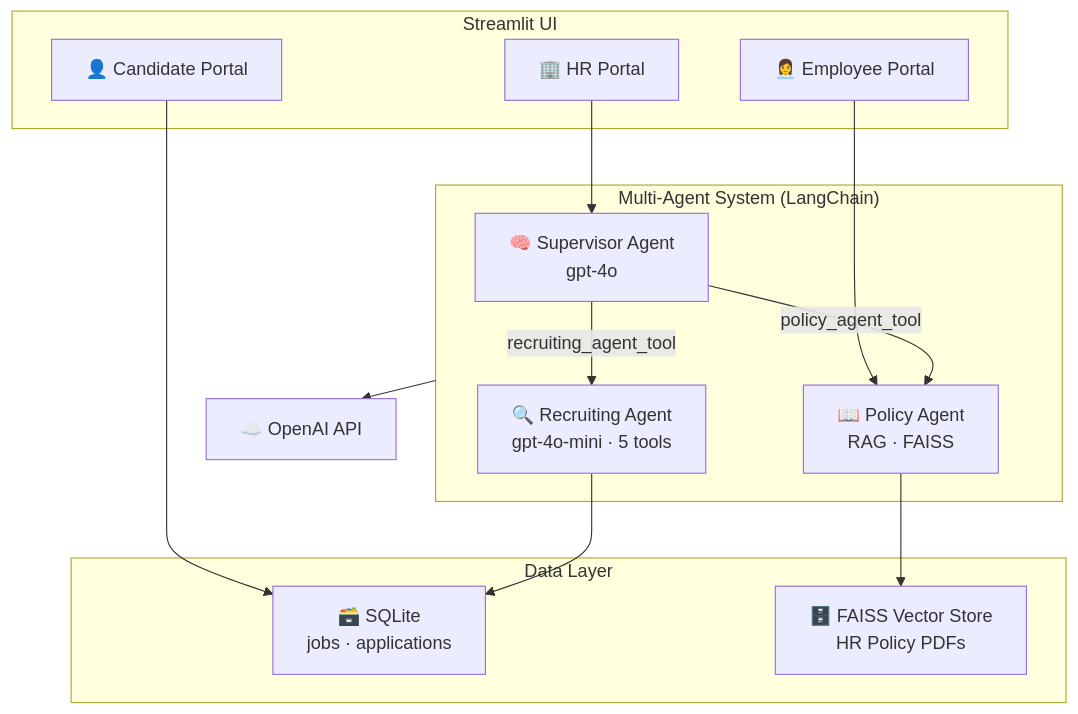
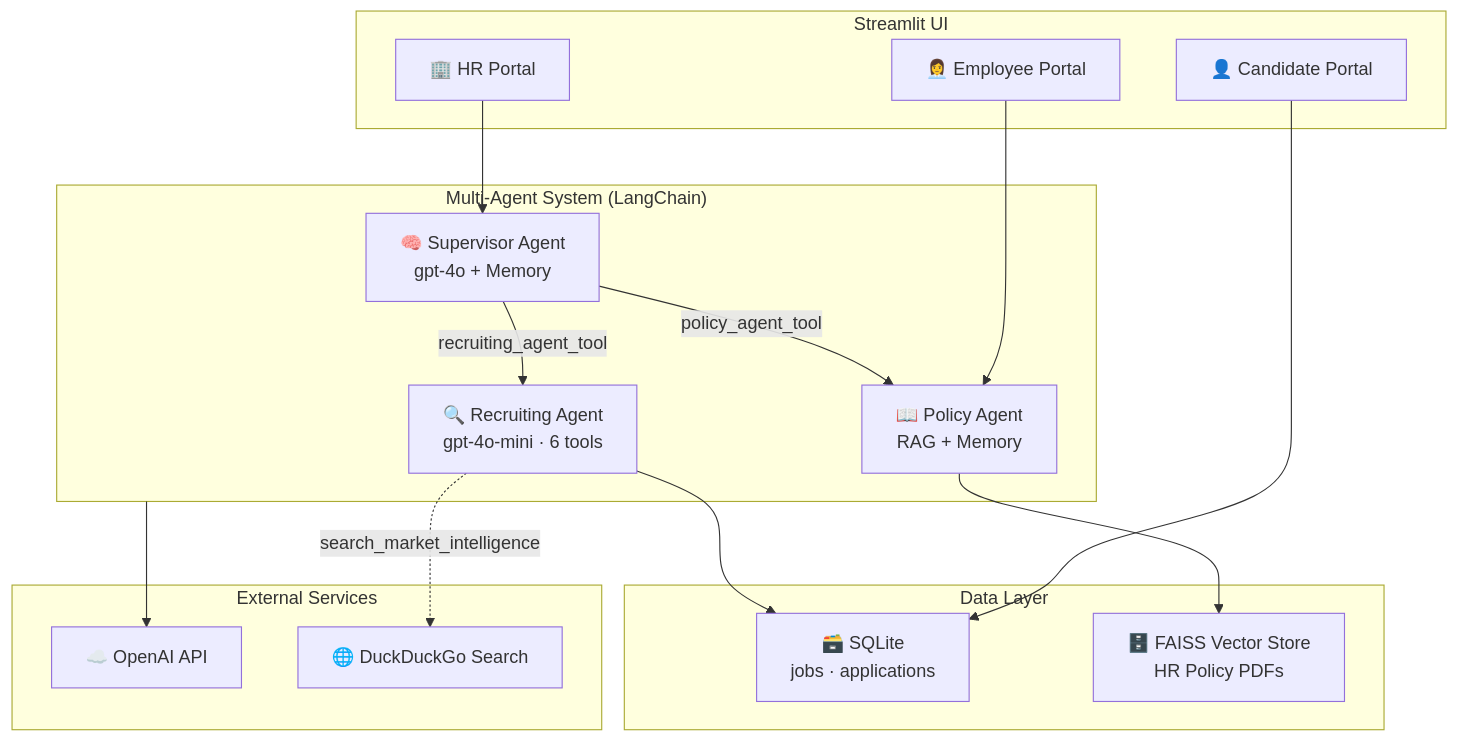
One commit to prsquared/hr-assistant changed the diagram in docs/architecture.md. Above: the diagram before and after it, drawn with Mermaid.

Commit message:
docs: Update architecture diagram with Memory and DuckDuckGo

````diff
--- a/docs/architecture.md
+++ b/docs/architecture.md
@@ -3,33 +3,37 @@
 ```mermaid
 flowchart TD
     subgraph UI["Streamlit UI"]
         HR["🏢 HR Portal"]
         Candidate["👤 Candidate Portal"]
         Employee["👩‍💼 Employee Portal"]
     end
 
     subgraph Agents["Multi-Agent System (LangChain)"]
-        SUP["🧠 Supervisor Agent\ngpt-4o"]
-        REC["🔍 Recruiting Agent\ngpt-4o-mini · 5 tools"]
-        POL["📖 Policy Agent\nRAG · FAISS"]
+        SUP["🧠 Supervisor Agent\ngpt-4o + Memory"]
+        REC["🔍 Recruiting Agent\ngpt-4o-mini · 6 tools"]
+        POL["📖 Policy Agent\nRAG + Memory"]
     end
 
     subgraph Storage["Data Layer"]
         DB["🗃️ SQLite\njobs · applications"]
         FAISS["🗄️ FAISS Vector Store\nHR Policy PDFs"]
     end
 
-    OAI["☁️ OpenAI API"]
+    subgraph External["External Services"]
+        OAI["☁️ OpenAI API"]
+        DDG["🌐 DuckDuckGo Search"]
+    end
 
     HR --> SUP
     Employee --> POL
     Candidate --> DB
 
     SUP -->|recruiting_agent_tool| REC
     SUP -->|policy_agent_tool| POL
 
     REC --> DB
+    REC -.->|search_market_intelligence| DDG
     POL --> FAISS
 
     Agents --> OAI
 ```
````
